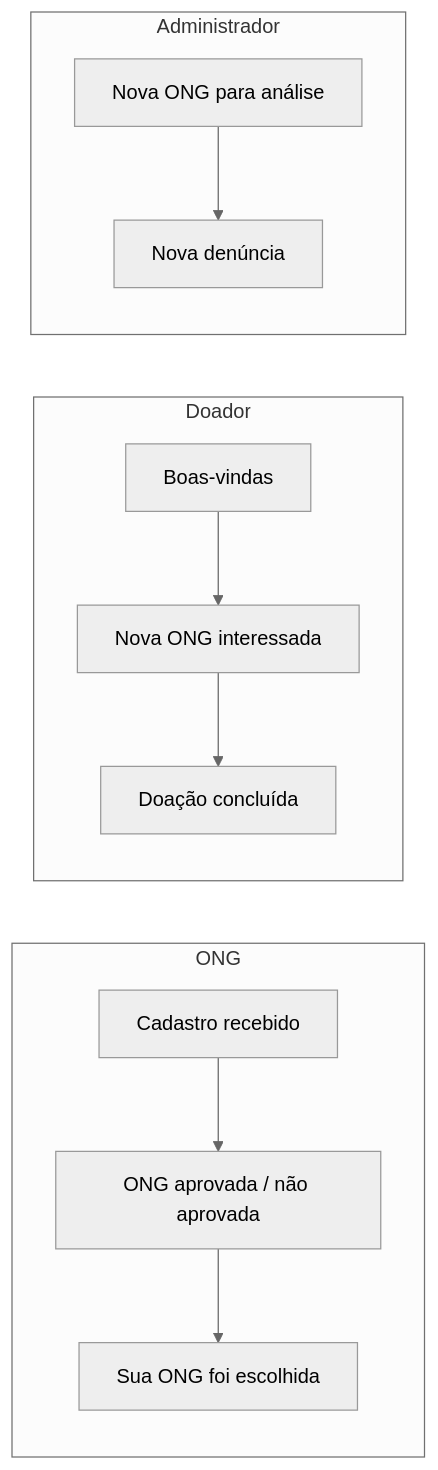
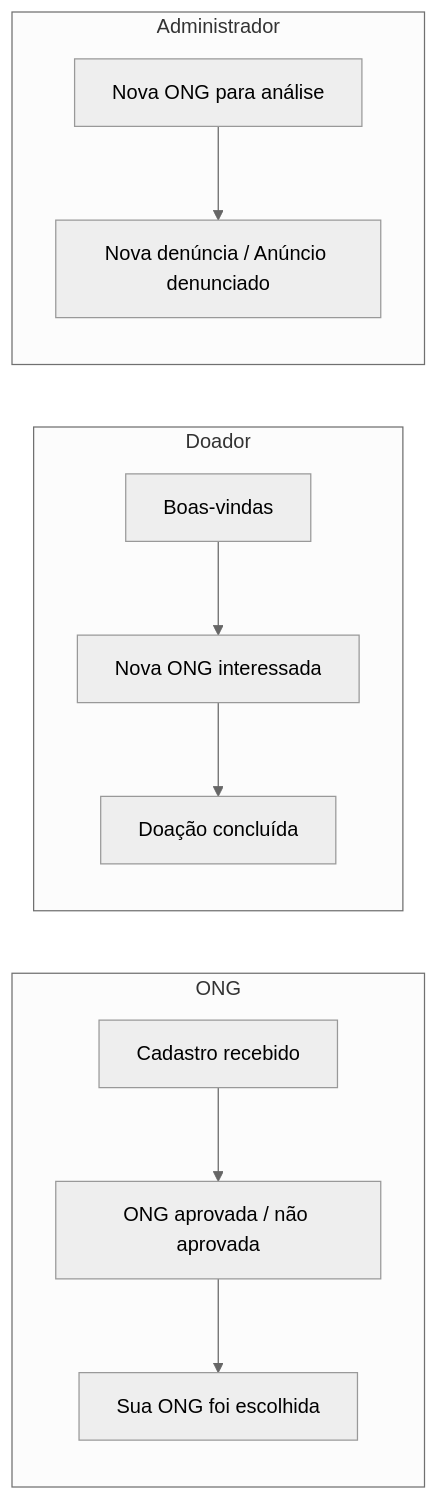
One commit to LiveiraGusta/conecta-doacoes-backend changed the fifth of 5 diagrams in docs/FLUXO-DO-SISTEMA.md. Above: the diagram before and after it, drawn with Mermaid (neutral theme). The commit also changed other lines of this file and 8 other files, not shown here.

First line of the commit message:
feat(email): e-mails da denúncia de anúncio e da remoção pela moderação

````diff
--- a/docs/FLUXO-DO-SISTEMA.md
+++ b/docs/FLUXO-DO-SISTEMA.md
@@ -331,12 +334,12 @@
 ```mermaid
 flowchart LR
     subgraph ONG
         A1["Cadastro recebido"] --> A2["ONG aprovada / não aprovada"] --> A3["Sua ONG foi escolhida"]
     end
     subgraph Doador
         B1["Boas-vindas"] --> B2["Nova ONG interessada"] --> B3["Doação concluída"]
     end
     subgraph Administrador
-        C1["Nova ONG para análise"] --> C2["Nova denúncia"]
+        C1["Nova ONG para análise"] --> C2["Nova denúncia / Anúncio denunciado"]
     end
 ```
````
